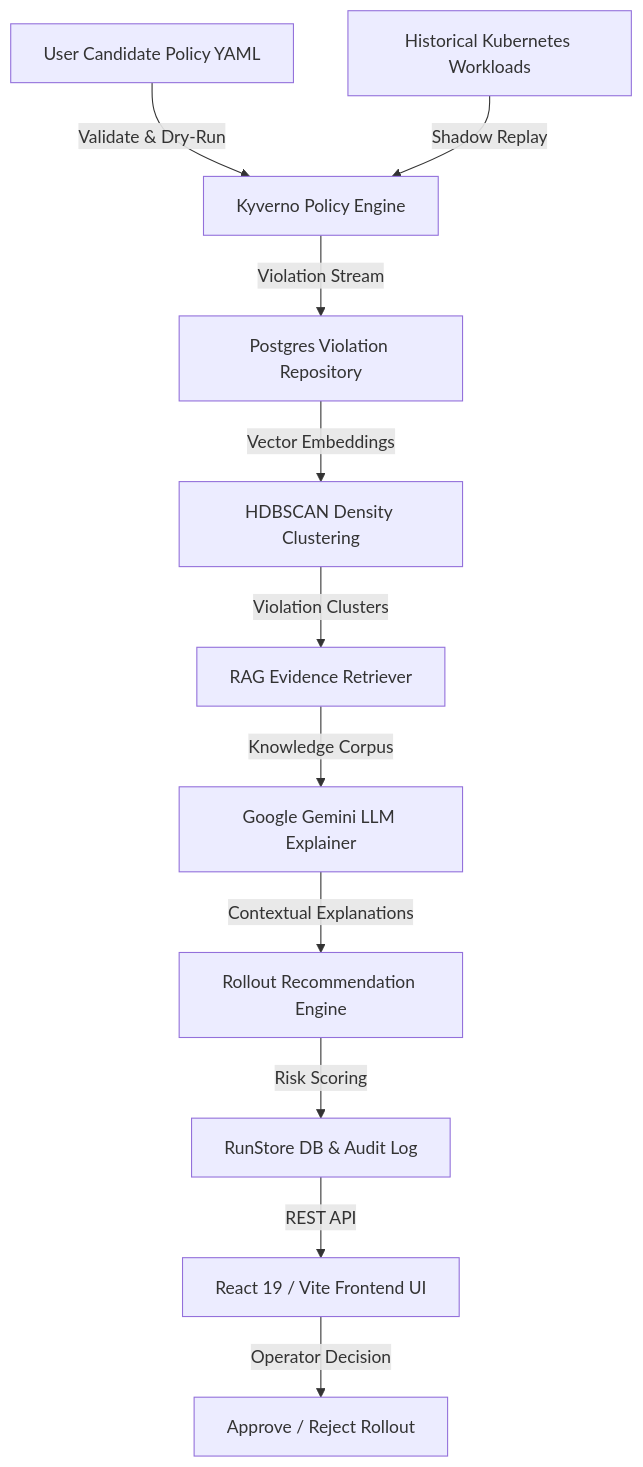
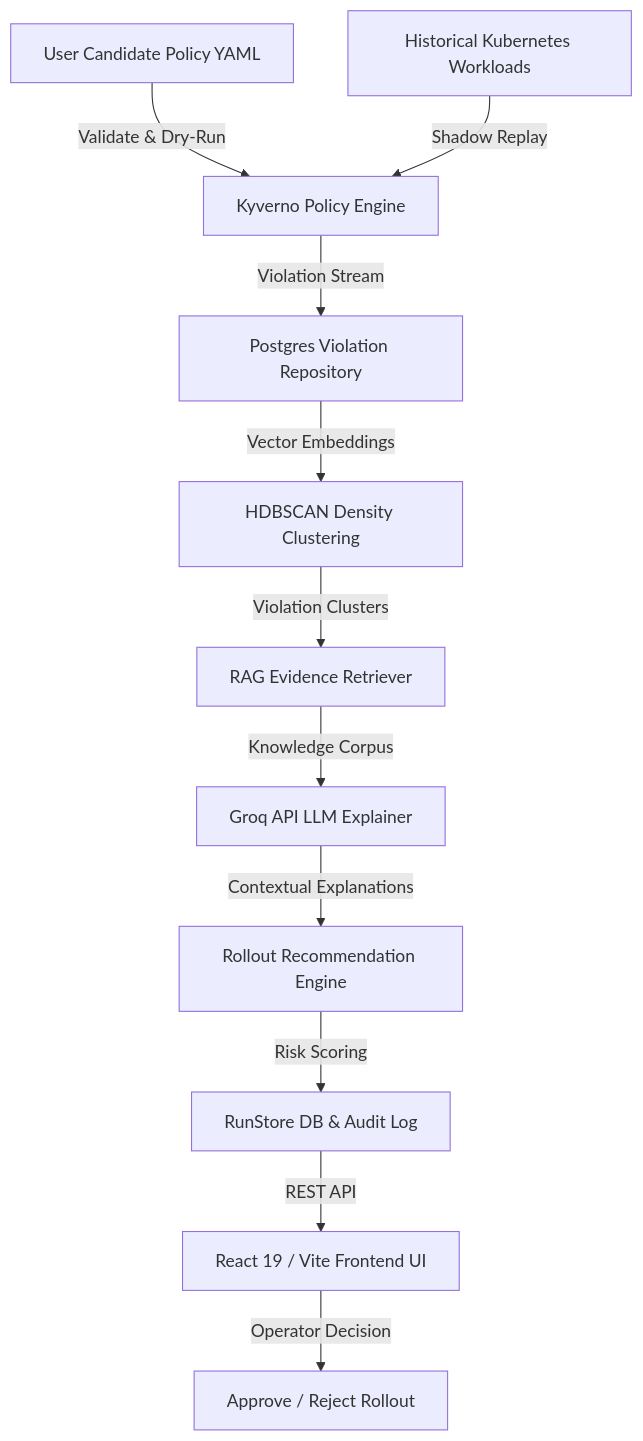
One commit to Vandita-1011/PolicyShadow changed the diagram in README.md. Above: the diagram before and after it, drawn with Mermaid. The commit also changed other lines of this file, not shown here.

Commit message:
Update README to reflect Groq API usage instead of Gemini API

````diff
--- a/README.md
+++ b/README.md
@@ -30,13 +30,13 @@
 ```mermaid
 flowchart TD
     A[User Candidate Policy YAML] -->|Validate & Dry-Run| B[Kyverno Policy Engine]
     C[Historical Kubernetes Workloads] -->|Shadow Replay| B
     B -->|Violation Stream| D[Postgres Violation Repository]
     D -->|Vector Embeddings| E[HDBSCAN Density Clustering]
     E -->|Violation Clusters| F[RAG Evidence Retriever]
-    F -->|Knowledge Corpus| G[Google Gemini LLM Explainer]
+    F -->|Knowledge Corpus| G[Groq API LLM Explainer]
     G -->|Contextual Explanations| H[Rollout Recommendation Engine]
     H -->|Risk Scoring| I[RunStore DB & Audit Log]
     I -->|REST API| J[React 19 / Vite Frontend UI]
     J -->|Operator Decision| K[Approve / Reject Rollout]
 ```
````
